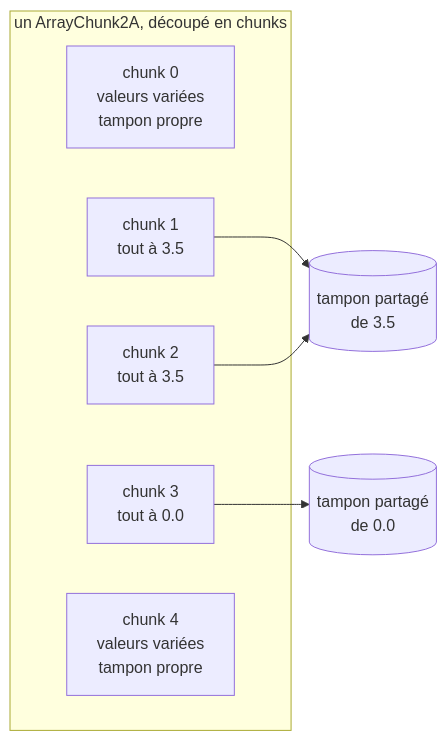
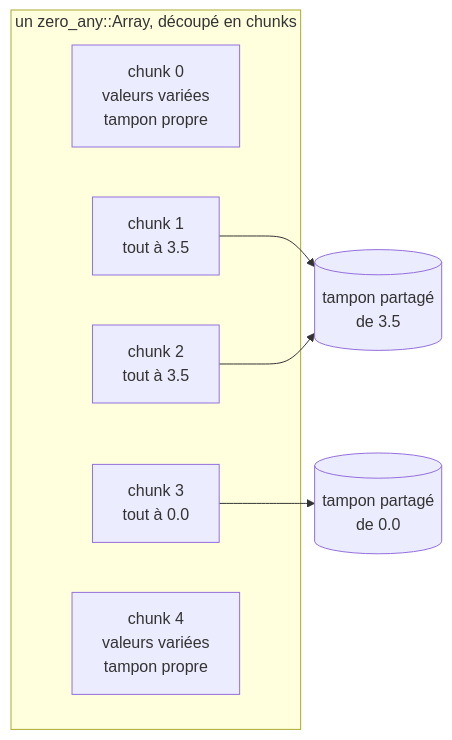
Before and after one commit to cea-hpc/shrink-array: the diagram in README_fr.md, drawn with Mermaid. The commit also changed other lines of this file and 118 other files, not shown here.

First line of the commit message:
refactor: a namespace per array class -- zero::Array, zero_one_value::Array, zero_any::Array

````diff
--- a/README_fr.md
+++ b/README_fr.md
@@ -145,15 +145,15 @@
 ```mermaid
 flowchart LR
-    subgraph arr["un ArrayChunk2A, découpé en chunks"]
+    subgraph arr["un zero_any::Array, découpé en chunks"]
         c0["chunk 0<br/>valeurs variées<br/>tampon propre"]
         c1["chunk 1<br/>tout à 3.5"]
         c2["chunk 2<br/>tout à 3.5"]
         c3["chunk 3<br/>tout à 0.0"]
         c4["chunk 4<br/>valeurs variées<br/>tampon propre"]
     end
     k35[("tampon partagé<br/>de 3.5")]
     k0[("tampon partagé<br/>de 0.0")]
     c1 --> k35
     c2 --> k35
     c3 --> k0
 ```
````
